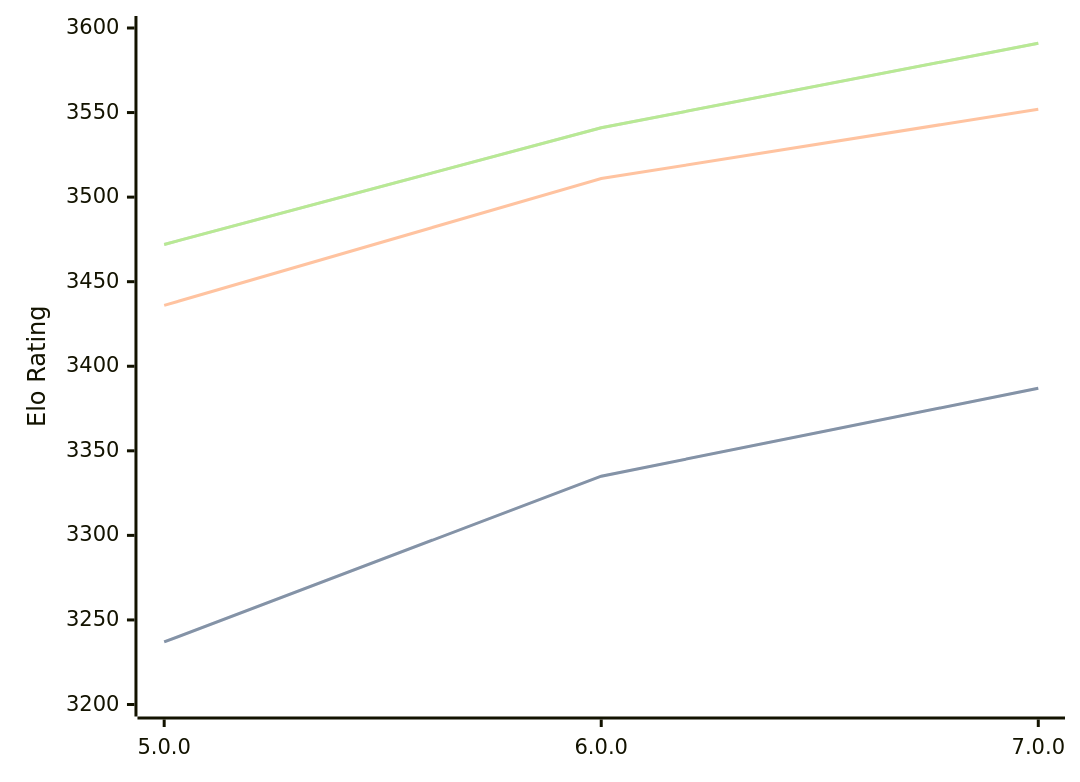
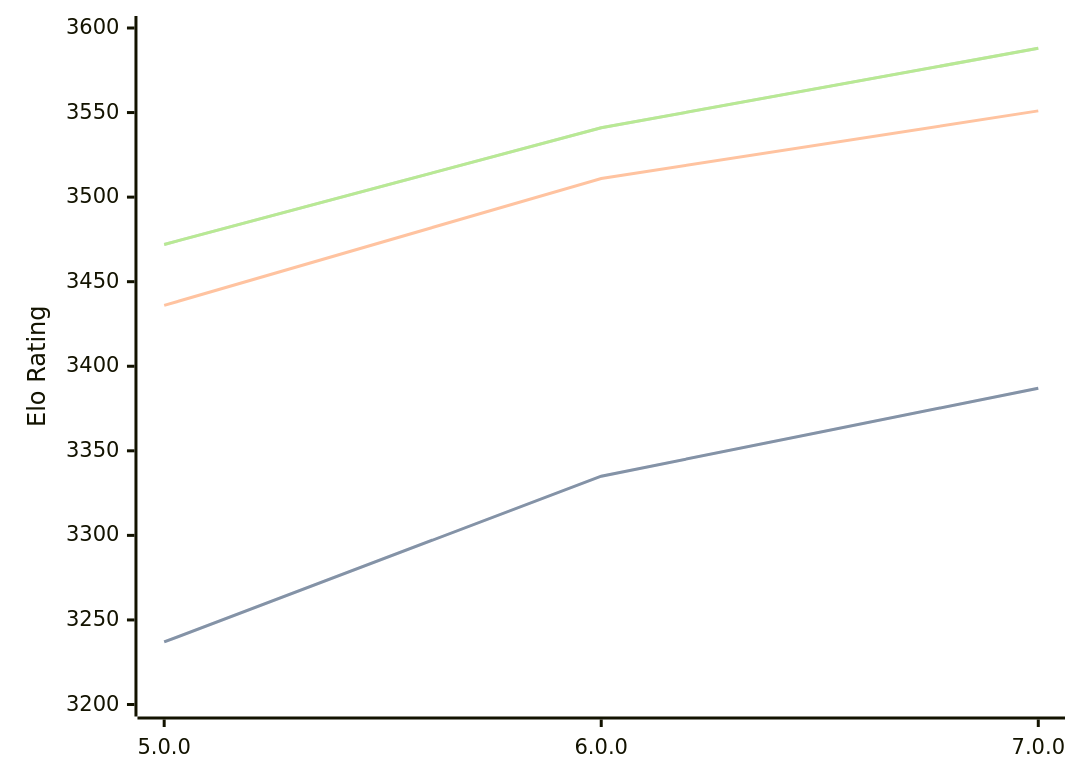
One commit to computer-chess-index/cci changed the diagram in engines/Stormphrax.md. Above: the diagram before and after it, drawn with Mermaid. The commit also changed other lines of this file, not shown here.

Commit message:
Update CCI Ratings (ELO VLTC) - 2026-03-11

````diff
--- a/engines/Stormphrax.md
+++ b/engines/Stormphrax.md
@@ -36,11 +36,11 @@
 ```mermaid
 %%{init: {"theme":"base","themeVariables":{"seriesColors:['#a3a3a3','#222221','#faa371']}}}%%
 xychart-beta
   x-axis ["5.0.0", "6.0.0", "7.0.0"]
   y-axis "Elo Rating" 3200 --> 3600
   line "STC (8.0+0.08s)" [3237, 3335, 3387]
   line "STC (8.0+0.08s)" [3237, 3335, 3387]
-  line "LTC (60.0+0.60s)" [3436, 3511, 3552]
-  line "VLTC (2m24s+1.12s)" [3472, 3541, 3591]
-  line "VLTC (2m24s+1.12s)" [3472, 3541, 3591]
+  line "LTC (60.0+0.60s)" [3436, 3511, 3551]
+  line "VLTC (2m24s+1.12s)" [3472, 3541, 3588]
+  line "VLTC (2m24s+1.12s)" [3472, 3541, 3588]
 ```
````
